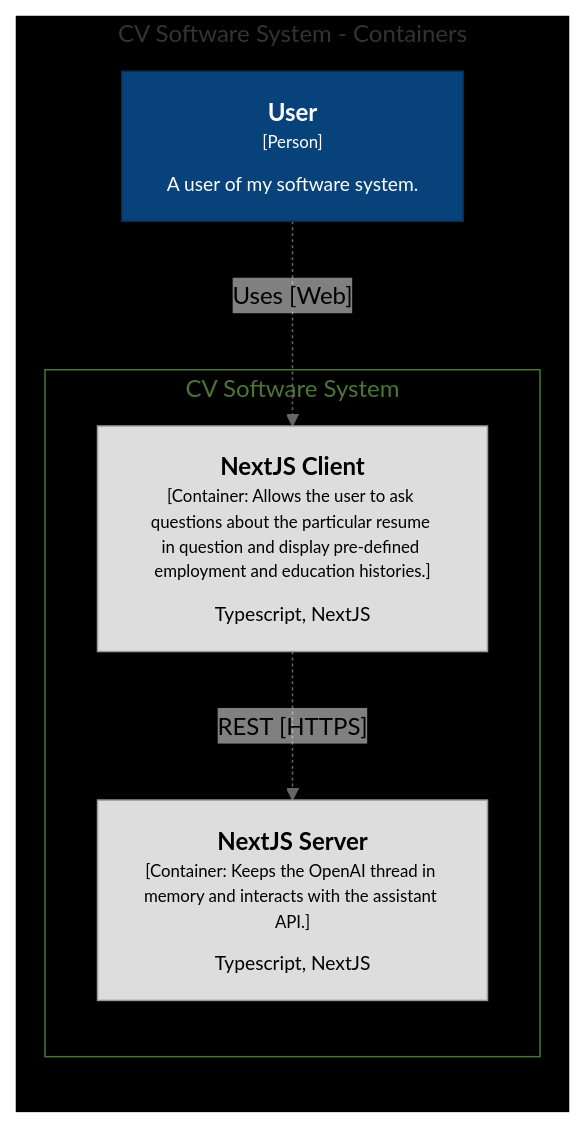
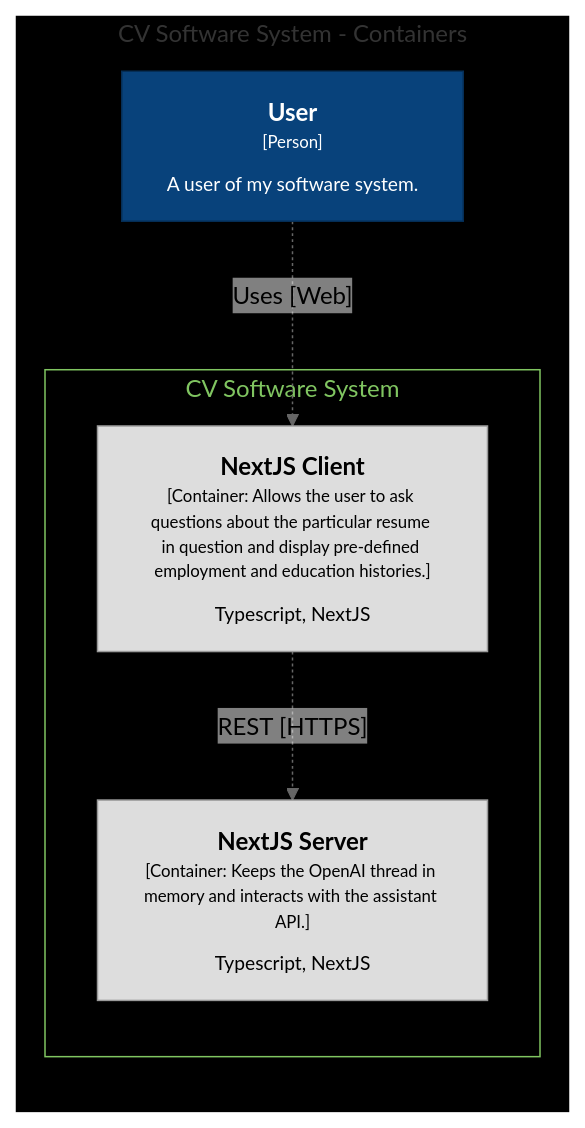
One commit to alexknips/nextjs-cv changed the third of 3 diagrams in README.md. Above: the diagram before and after it, drawn with Mermaid (neutral theme).

Commit message:
brighter green

````diff
--- a/README.md
+++ b/README.md
@@ -58,23 +58,23 @@
 ```mermaid
 graph LR
   linkStyle default fill:#ffffff
 
   subgraph diagram ["CV Software System - Containers"]
     style diagram fill:#000000,stroke:#ffffff
 
     2["<div style='font-weight: bold'>User</div><div style='font-size: 70%; margin-top: 0px'>[Person]</div><div style='font-size: 80%; margin-top:10px'>A user of my software system.</div>"]
     style 2 fill:#08427b,stroke:#052e56,color:#ffffff
 
     subgraph 4 [CV Software System]
-      style 4 fill:#000000,stroke:#4a7537,color:#4a7537
+      style 4 fill:#000000,stroke:#80c561,color:#80c561
 
       5["<div style='font-weight: bold'>NextJS Client</div><div style='font-size: 70%; margin-top: 0px'>[Container: Allows the user to ask questions about the particular resume in question and display pre-defined employment and education histories.]</div><div style='font-size: 80%; margin-top:10px'>Typescript, NextJS</div>"]
       style 5 fill:#dddddd,stroke:#9a9a9a,color:#000000
       6["<div style='font-weight: bold'>NextJS Server</div><div style='font-size: 70%; margin-top: 0px'>[Container: Keeps the OpenAI thread in memory and interacts with the assistant API.]</div><div style='font-size: 80%; margin-top:10px'>Typescript, NextJS</div>"]
       style 6 fill:#dddddd,stroke:#9a9a9a,color:#000000
     end
 
     5-. "<div>REST [HTTPS]</div><div style='font-size: 70%'></div>" .->6
     2-. "<div>Uses [Web]</div><div style='font-size: 70%'></div>" .->5
   end
 ```
````
